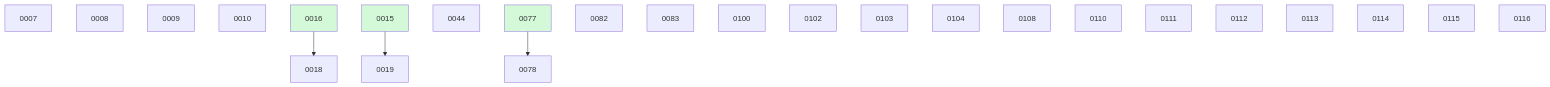
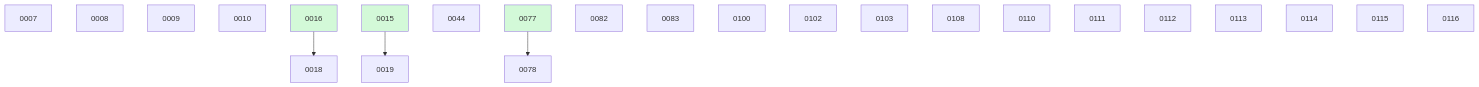
One commit to danielhanold/docket changed the diagram in docs/changes/BOARD.md. Above: the diagram before and after it, drawn with Mermaid. The commit also changed other lines of this file, not shown here.

````diff
--- a/docs/changes/BOARD.md
+++ b/docs/changes/BOARD.md
@@ -42,29 +41,28 @@
 ```mermaid
 graph TD
   0007
   0008
   0009
   0010
   0016 --> 0018
   0015 --> 0019
   0044
   0077 --> 0078
   0082
   0083
   0100
   0102
   0103
-  0104
   0108
   0110
   0111
   0112
   0113
   0114
   0115
   0116
   0015:::done
   0016:::done
   0077:::done
   classDef done fill:#d3f9d8;
 ```
````
